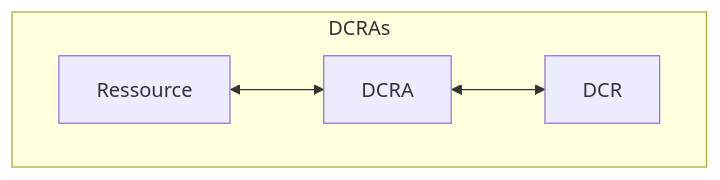
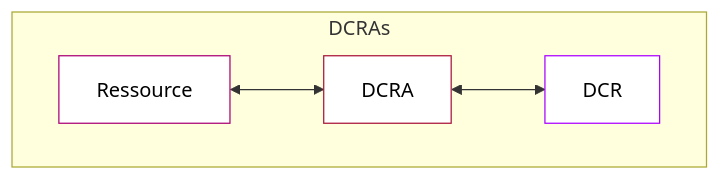
Before and after one commit to elouahidiahmed/soc-doc: the diagram in Sentinel/DCR/01- Règle de collection de données DCR.md, drawn with Mermaid.

Commit message:
v2 graph

````diff
--- a/Sentinel/DCR/01- Règle de collection de données DCR.md
+++ b/Sentinel/DCR/01- Règle de collection de données DCR.md
@@ -35,8 +35,12 @@
 ``` mermaid
 
 flowchart TB
     subgraph DCRAs 
         Ressource <--> DCRA <--> DCR
     end
 
+style Ressource color:#000, fill:#fff, stroke:#AA0075
+style DCRA color:#000, fill:#fff, stroke:#AA1539
+style DCR color:#000, fill:#fff, stroke:#AA00FF
+
 ```
````
